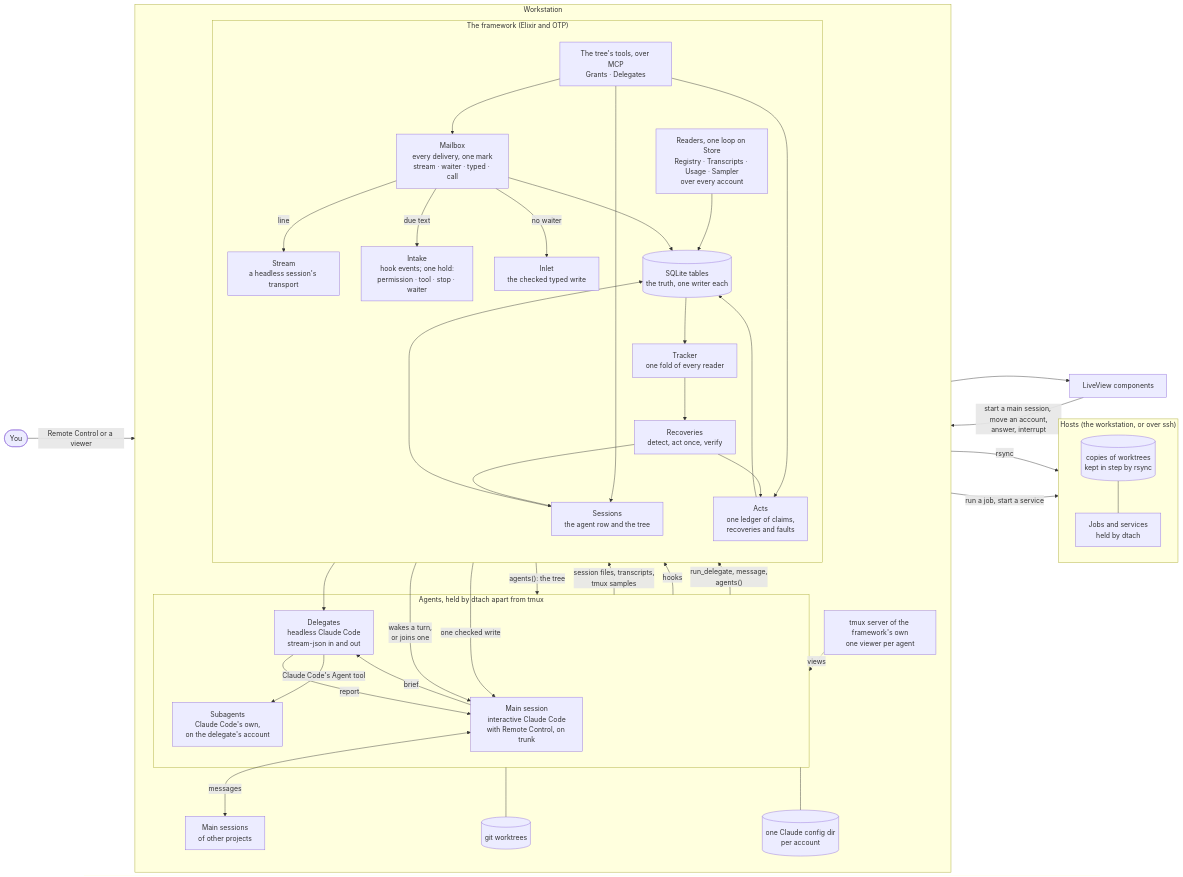
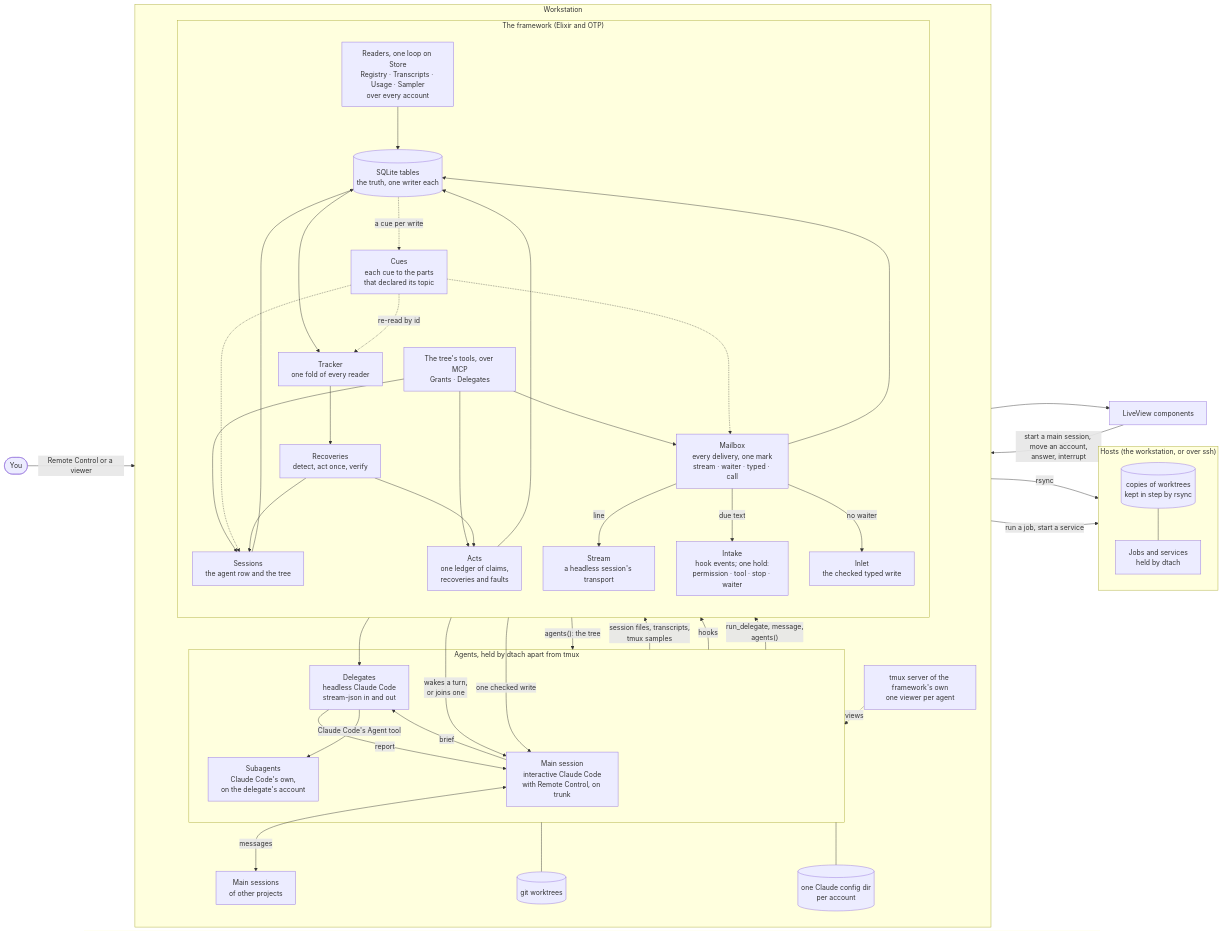
The first of 2 diagrams in README.md (SushyDev/coding_agent_framework), drawn with Mermaid before and after one commit. The commit also changed other lines of this file and 22 other files, not shown here.

First line of the commit message:
F-131: R11, Cues: the library routes what each part reads

````diff
--- a/README.md
+++ b/README.md
@@ -31,75 +31,80 @@
 ```mermaid
 flowchart LR
   person([You])
 
   subgraph ws["Workstation"]
     direction TB
     subgraph tree["Agents, held by dtach apart from tmux"]
       main["Main session<br/>interactive Claude Code<br/>with Remote Control, on trunk"]
       delegate["Delegates<br/>headless Claude Code<br/>stream-json in and out"]
       sub["Subagents<br/>Claude Code's own,<br/>on the delegate's account"]
     end
     otherMain["Main sessions<br/>of other projects"]
     tmux["tmux server of the framework's own<br/>one viewer per agent"]
     worktrees[("git worktrees")]
     configs[("one Claude config dir<br/>per account")]
 
     subgraph framework["The framework (Elixir and OTP)"]
       direction TB
       readers["Readers, one loop on Store<br/>Registry · Transcripts · Usage · Sampler<br/>over every account"]
       sessions["Sessions<br/>the agent row and the tree"]
       intake["Intake<br/>hook events; one hold:<br/>permission · tool · stop · waiter"]
       mailbox["Mailbox<br/>every delivery, one mark<br/>stream · waiter · typed · call"]
       inlet["Inlet<br/>the checked typed write"]
       stream["Stream<br/>a headless session's transport"]
       tools["The tree's tools, over MCP<br/>Grants · Delegates"]
       acts["Acts<br/>one ledger of claims,<br/>recoveries and faults"]
+      cues["Cues<br/>each cue to the parts<br/>that declared its topic"]
       tracker["Tracker<br/>one fold of every reader"]
       recoveries["Recoveries<br/>detect, act once, verify"]
       db[("SQLite tables<br/>the truth, one writer each")]
     end
   end
 
   subgraph hosts["Hosts (the workstation, or over ssh)"]
     direction TB
     copies[("copies of worktrees<br/>kept in step by rsync")]
     work["Jobs and services<br/>held by dtach"]
   end
 
   ui["LiveView components"]
 
   person -->|Remote Control or a viewer| main
   main <-->|messages| otherMain
   main -->|brief| delegate
   delegate -->|report| main
   delegate -->|Claude Code's Agent tool| sub
   tree -->|run a job, start a service| work
   worktrees -->|rsync| copies
   copies --- work
   tmux -.->|views| tree
   tree --- worktrees
   tree --- configs
   tree -->|session files, transcripts,<br/>tmux samples| readers
   tree -->|hooks| intake
   tree -->|"run_delegate, message,<br/>agents()"| tools
   tools --> sessions
   tools --> mailbox
   tools --> acts
   mailbox -->|line| stream
   mailbox -->|due text| intake
   mailbox -->|no waiter| inlet
   stream --> delegate
   intake -->|wakes a turn,<br/>or joins one| main
   inlet -->|one checked write| main
   readers --> db
   sessions --> db
   mailbox --> db
   acts --> db
   db --> tracker
+  db -.->|a cue per write| cues
+  cues -.->|re-read by id| tracker
+  cues -.-> sessions
+  cues -.-> mailbox
   tracker --> recoveries
   recoveries --> acts
   recoveries --> sessions
   tracker --> ui
   tracker -->|"agents(): the tree"| tree
   ui -->|start a main session, move an account,<br/>answer, interrupt| tools
 ```
````
